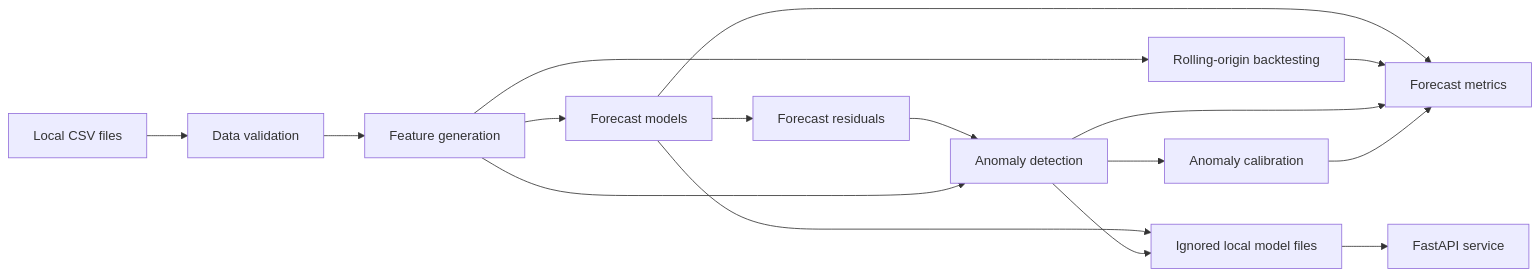
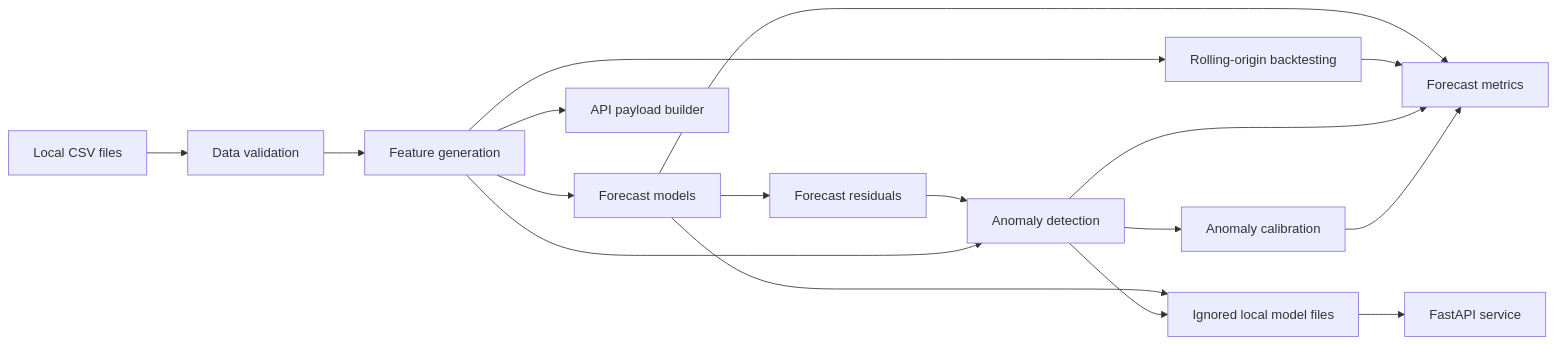
The diagram in docs/architecture.md (AmmarHafeez/energy-forecasting-anomaly-platform), drawn with Mermaid before and after one commit. The commit also changed other lines of this file and 4 other files, not shown here.

Commit message:
Add API payload demo workflow

````diff
--- a/docs/architecture.md
+++ b/docs/architecture.md
@@ -5,18 +5,19 @@
 ```mermaid
 flowchart LR
     CSV["Local CSV files"] --> Parser["Data validation"]
     Parser --> Features["Feature generation"]
     Features --> Forecast["Forecast models"]
     Features --> Backtest["Rolling-origin backtesting"]
     Forecast --> Residuals["Forecast residuals"]
     Residuals --> Anomaly["Anomaly detection"]
     Features --> Anomaly
     Anomaly --> Calibration["Anomaly calibration"]
     Forecast --> Metrics["Forecast metrics"]
     Backtest --> Metrics
     Anomaly --> Metrics
     Calibration --> Metrics
+    Features --> Payload["API payload builder"]
     Forecast --> Store["Ignored local model files"]
     Anomaly --> Store
     Store --> API["FastAPI service"]
 ```
````
